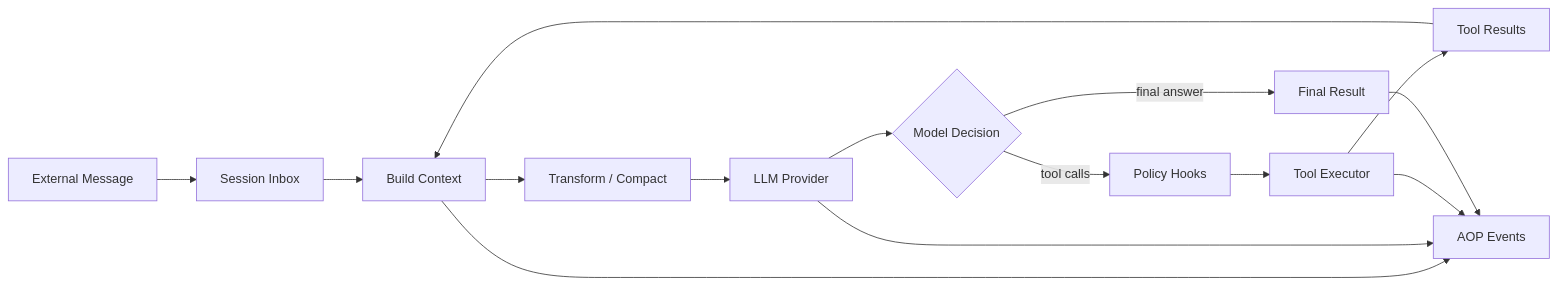
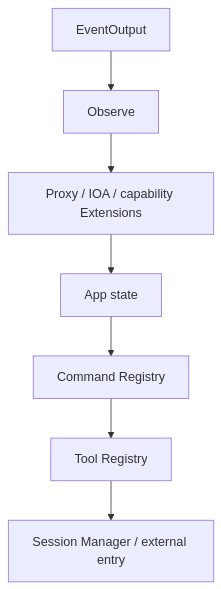
One commit to Go-Time/aiscan changed the diagram in docs/architecture.md. Above: the diagram before and after it, drawn with Mermaid. The commit also changed other lines of this file and 389 other files, not shown here.

````diff
--- a/docs/architecture.md
+++ b/docs/architecture.md
@@ -82,20 +11,11 @@
 ```mermaid
-flowchart LR
-    INPUT[External Message] --> INBOX[Session Inbox]
-    INBOX --> CTX[Build Context]
-    CTX --> COMPACT[Transform / Compact]
-    COMPACT --> LLM[LLM Provider]
-    LLM --> DECISION{Model Decision}
-
-    DECISION -->|tool calls| GUARD[Policy Hooks]
-    GUARD --> EXEC[Tool Executor]
-    EXEC --> RESULT[Tool Results]
-    RESULT --> CTX
-
-    DECISION -->|final answer| DONE[Final Result]
-
-    CTX --> EVENT[AOP Events]
-    LLM --> EVENT
-    EXEC --> EVENT
-    DONE --> EVENT
+flowchart TB
+    OUTPUT[EventOutput]
+    OBSERVE[Observe]
+    RESOURCES[Proxy / IOA / capability Extensions]
+    APP[App state]
+    COMMANDS[Command Registry]
+    TOOLS[Tool Registry]
+    SESSION[Session Manager / external entry]
+    OUTPUT --> OBSERVE --> RESOURCES --> APP --> COMMANDS --> TOOLS --> SESSION
 ```
````
